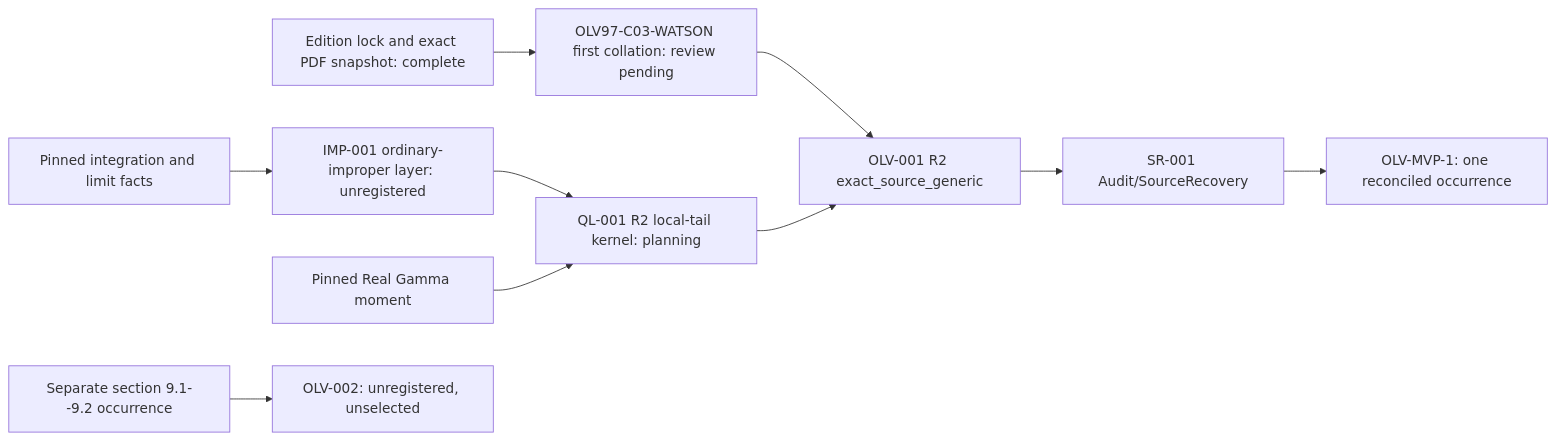
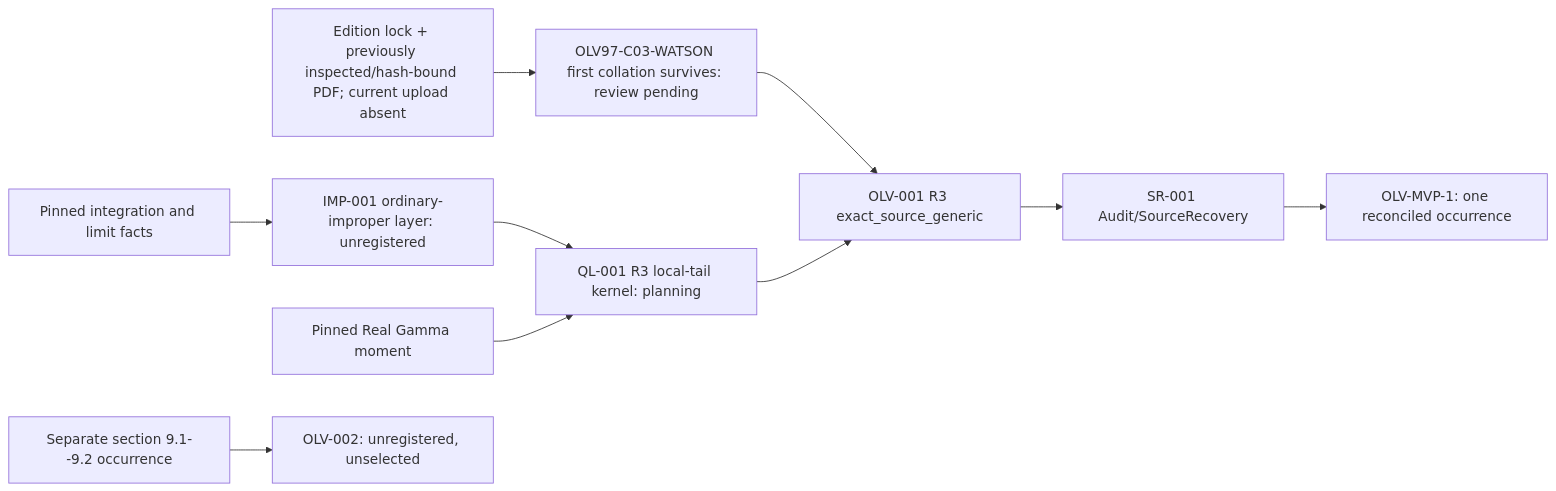
The third of 3 diagrams in blueprint/dependency_graph.md (jaumededios/LMLF), drawn with Mermaid before and after one commit. The commit also changed other lines of this file and 23 other files, not shown here.

Commit message:
docs: complete Watson integration blueprint interfaces

````diff
--- a/blueprint/dependency_graph.md
+++ b/blueprint/dependency_graph.md
@@ -115,12 +120,12 @@
 ```mermaid
 flowchart LR
-  LOCK["Edition lock and exact PDF snapshot: complete"] --> COL["OLV97-C03-WATSON first collation: review pending"]
+  LOCK["Edition lock + previously inspected/hash-bound PDF; current upload absent"] --> COL["OLV97-C03-WATSON first collation survives: review pending"]
   PIN["Pinned integration and limit facts"] --> IMP["IMP-001 ordinary-improper layer: unregistered"]
-  IMP --> QL["QL-001 R2 local-tail kernel: planning"]
+  IMP --> QL["QL-001 R3 local-tail kernel: planning"]
   MOM["Pinned Real Gamma moment"] --> QL
-  COL --> OLV["OLV-001 R2 exact_source_generic"]
+  COL --> OLV["OLV-001 R3 exact_source_generic"]
   QL --> OLV
   OLV --> SR["SR-001 Audit/SourceRecovery"]
   SR --> MVP["OLV-MVP-1: one reconciled occurrence"]
   BOUNDS["Separate section 9.1--9.2 occurrence"] --> OLV2["OLV-002: unregistered, unselected"]
 ```
````
